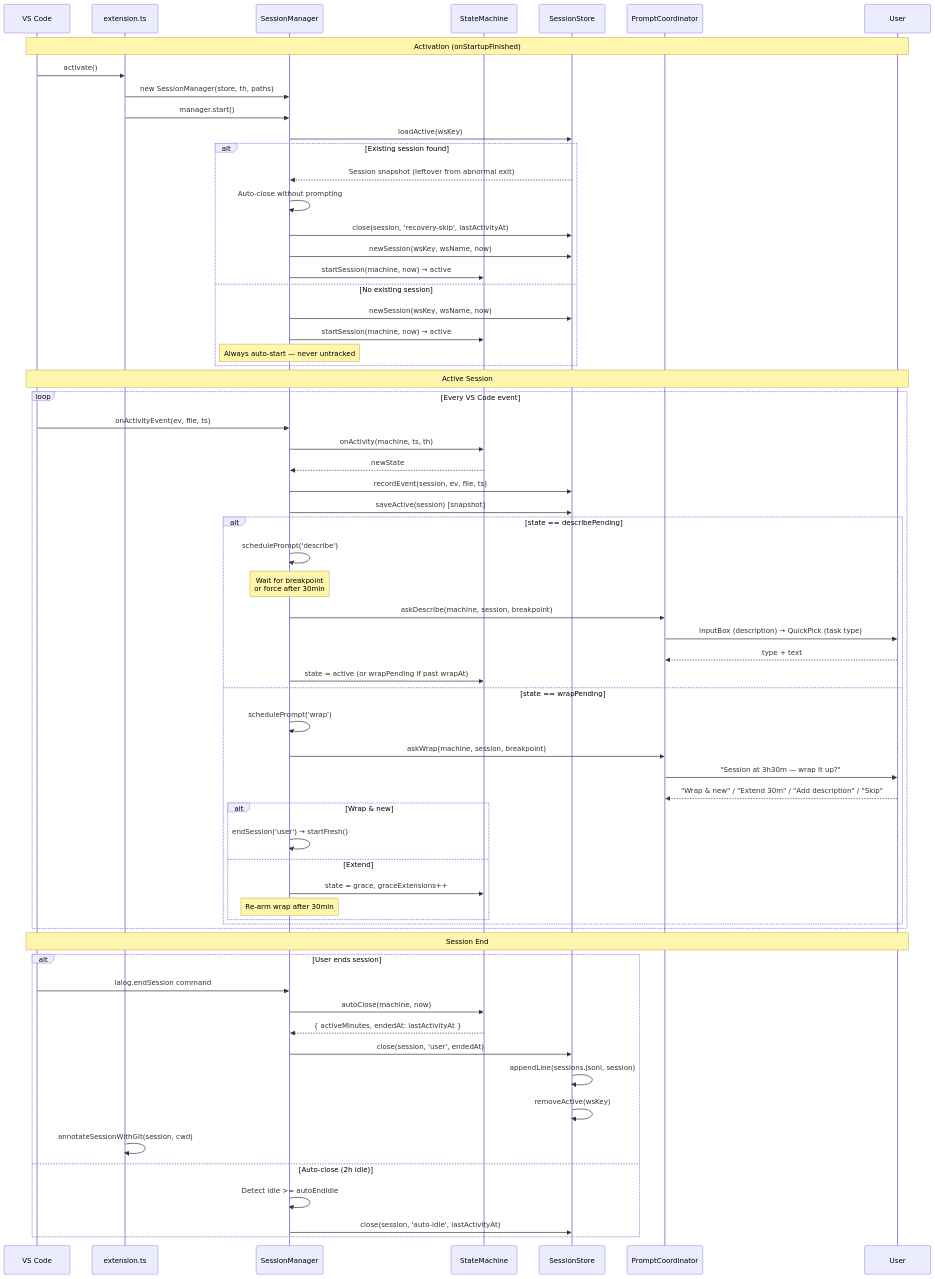
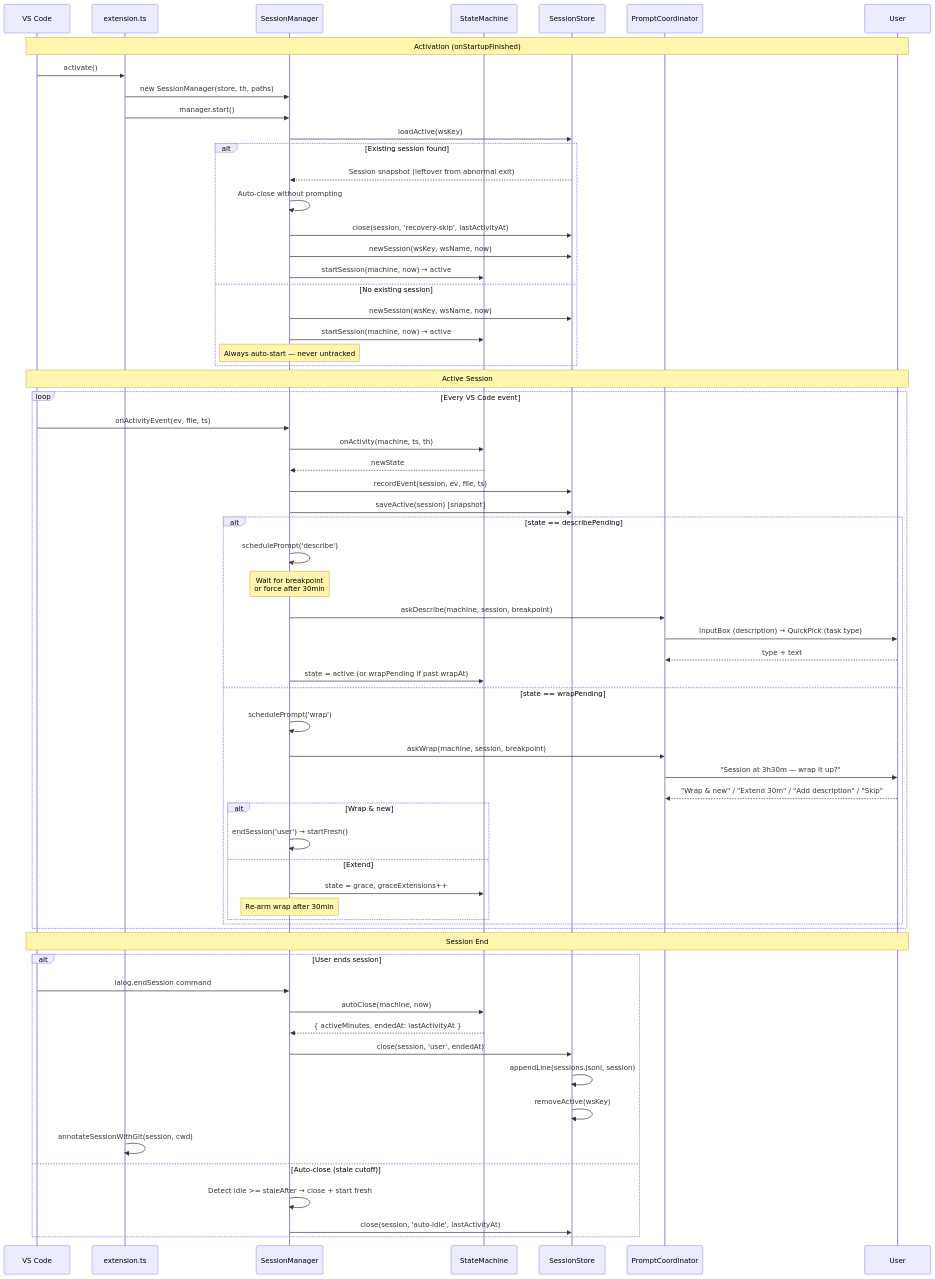
The fourth of 7 diagrams in docs/architecture.md (lawaty/lalog), drawn with Mermaid before and after one commit. The commit also changed other lines of this file and 12 other files, not shown here.

Commit message:
Add 1h stale-session cutoff with auto-restart; no continue/resume; ADR-022 (0.4.0)

````diff
--- a/docs/architecture.md
+++ b/docs/architecture.md
@@ -248,74 +248,74 @@
 ```mermaid
 sequenceDiagram
     participant VSCode as VS Code
     participant EXT as extension.ts
     participant SM as SessionManager
     participant FSM as StateMachine
     participant SS as SessionStore
     participant PC as PromptCoordinator
     participant User as User
 
     Note over VSCode,User: Activation (onStartupFinished)
 
     VSCode->>EXT: activate()
     EXT->>SM: new SessionManager(store, th, paths)
     EXT->>SM: manager.start()
     SM->>SS: loadActive(wsKey)
 
     alt Existing session found
         SS-->>SM: Session snapshot (leftover from abnormal exit)
         SM->>SM: Auto-close without prompting
         SM->>SS: close(session, 'recovery-skip', lastActivityAt)
         SM->>SS: newSession(wsKey, wsName, now)
         SM->>FSM: startSession(machine, now) → active
     else No existing session
         SM->>SS: newSession(wsKey, wsName, now)
         SM->>FSM: startSession(machine, now) → active
         Note over SM: Always auto-start — never untracked
     end
 
     Note over VSCode,User: Active Session
 
     loop Every VS Code event
         VSCode->>SM: onActivityEvent(ev, file, ts)
         SM->>FSM: onActivity(machine, ts, th)
         FSM-->>SM: newState
         SM->>SS: recordEvent(session, ev, file, ts)
         SM->>SS: saveActive(session) [snapshot]
 
         alt state == describePending
             SM->>SM: schedulePrompt('describe')
             Note over SM: Wait for breakpoint<br/>or force after 30min
             SM->>PC: askDescribe(machine, session, breakpoint)
             PC->>User: InputBox (description) → QuickPick (task type)
             User-->>PC: type + text
             SM->>FSM: state = active (or wrapPending if past wrapAt)
         else state == wrapPending
             SM->>SM: schedulePrompt('wrap')
             SM->>PC: askWrap(machine, session, breakpoint)
             PC->>User: "Session at 3h30m — wrap it up?"
             User-->>PC: "Wrap & new" / "Extend 30m" / "Add description" / "Skip"
             alt Wrap & new
                 SM->>SM: endSession('user') → startFresh()
             else Extend
                 SM->>FSM: state = grace, graceExtensions++
                 Note over SM: Re-arm wrap after 30min
             end
         end
     end
 
     Note over VSCode,User: Session End
 
     alt User ends session
         VSCode->>SM: lalog.endSession command
         SM->>FSM: autoClose(machine, now)
         FSM-->>SM: { activeMinutes, endedAt: lastActivityAt }
         SM->>SS: close(session, 'user', endedAt)
         SS->>SS: appendLine(sessions.jsonl, session)
         SS->>SS: removeActive(wsKey)
         EXT->>EXT: annotateSessionWithGit(session, cwd)
-    else Auto-close (2h idle)
-        SM->>SM: Detect idle >= autoEndIdle
+    else Auto-close (stale cutoff)
+        SM->>SM: Detect idle >= staleAfter → close + start fresh
         SM->>SS: close(session, 'auto-idle', lastActivityAt)
     end
 ```
````
